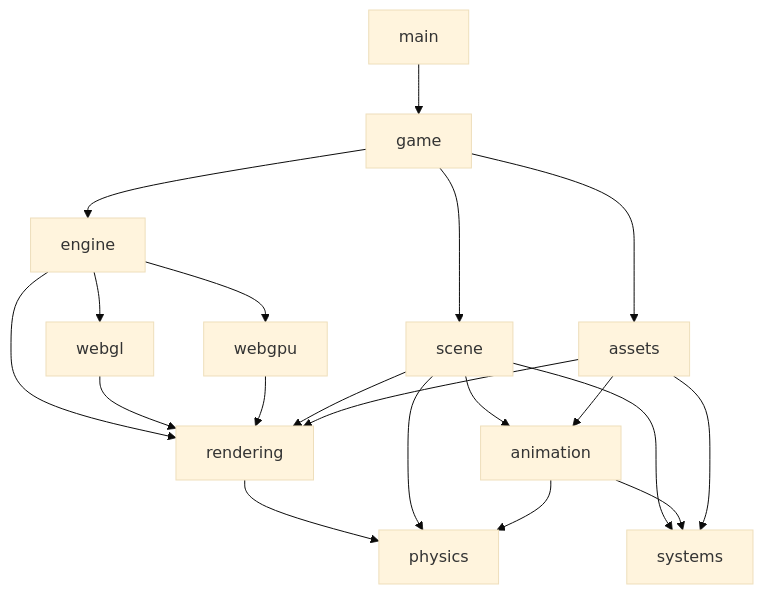
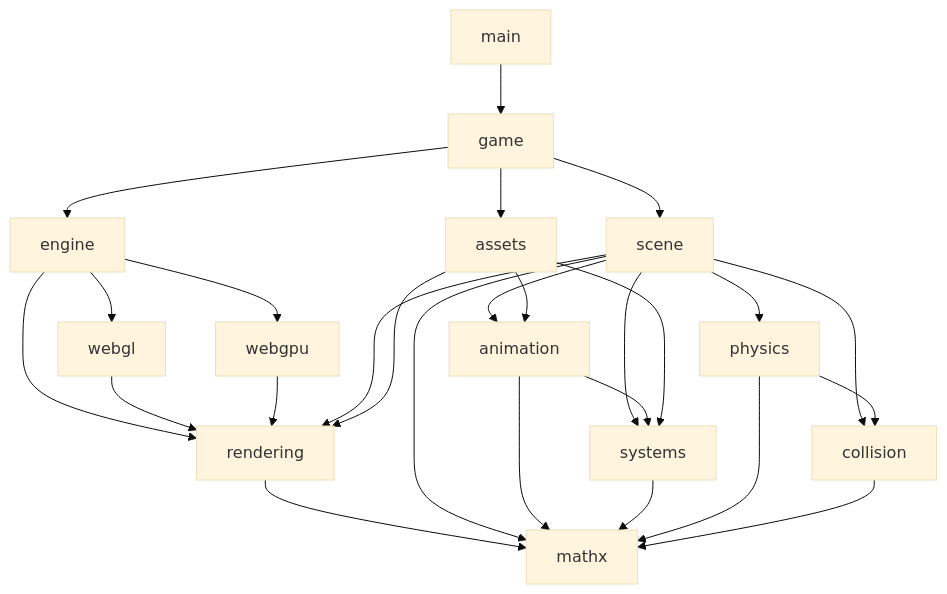
Before and after one commit to seriva/simplefps: the first of 2 diagrams in docs/architecture.md, drawn with Mermaid (base theme). The commit also changed other lines of this file and 61 other files, not shown here.

First line of the commit message:
Refactor physics package to mathx

````diff
--- a/docs/architecture.md
+++ b/docs/architecture.md
@@ -24,16 +26,19 @@
 ```mermaid
 flowchart TD
     main --> game --> engine
     game --> scene
     game --> assets
     engine --> rendering
     engine --> webgl & webgpu
     webgl & webgpu --> rendering
     scene --> rendering
     scene --> animation
     assets --> rendering & animation
-    rendering --> physics
-    scene --> physics & systems
-    animation --> physics & systems
+    rendering --> mathx
+    scene --> mathx & collision & physics & systems
+    animation --> mathx & systems
+    systems --> mathx
+    physics --> mathx & collision
+    collision --> mathx
     assets --> systems
 ```
````
